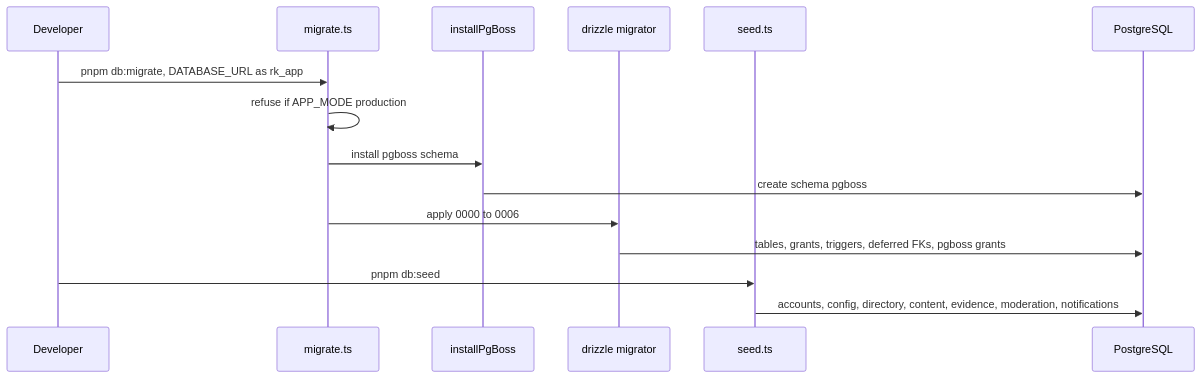
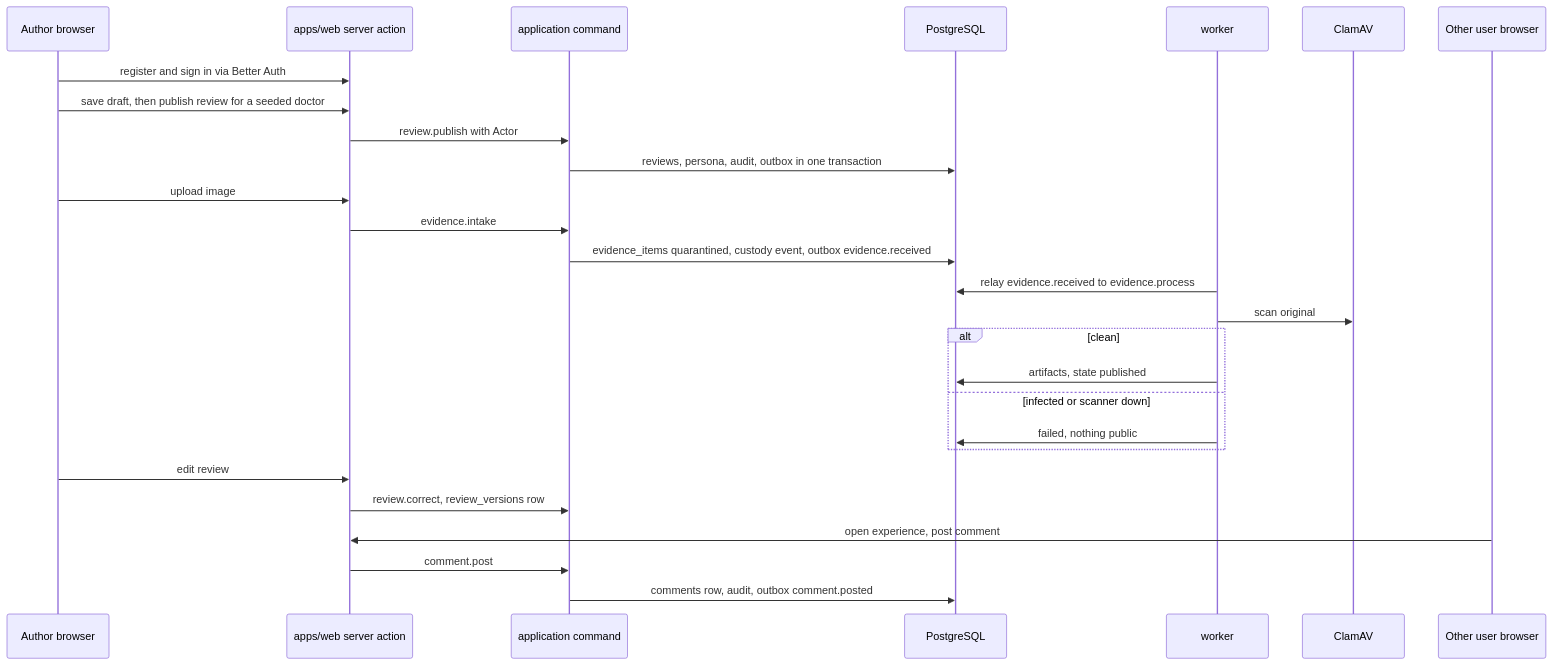
One commit to Md-Alamin-BS/RogiKotha changed the fourth of 4 diagrams in aidlc/spaces/default/codekb/rogikotha/architecture.md. Above: the diagram before and after it, drawn with Mermaid. The commit also changed other lines of this file and 26 other files, not shown here.

````diff
--- a/aidlc/spaces/default/codekb/rogikotha/architecture.md
+++ b/aidlc/spaces/default/codekb/rogikotha/architecture.md
@@ -169,17 +142,29 @@
 ```mermaid
 sequenceDiagram
-  participant Dev as Developer
-  participant MG as migrate.ts
-  participant PB as installPgBoss
-  participant DZ as drizzle migrator
-  participant SD as seed.ts
+  participant A as Author browser
+  participant W as apps/web server action
+  participant C as application command
   participant DB as PostgreSQL
-  Dev->>MG: pnpm db:migrate, DATABASE_URL as rk_app
-  MG->>MG: refuse if APP_MODE production
-  MG->>PB: install pgboss schema
-  PB->>DB: create schema pgboss
-  MG->>DZ: apply 0000 to 0006
-  DZ->>DB: tables, grants, triggers, deferred FKs, pgboss grants
-  Dev->>SD: pnpm db:seed
-  SD->>DB: accounts, config, directory, content, evidence, moderation, notifications
+  participant K as worker
+  participant V as ClamAV
+  participant O as Other user browser
+  A->>W: register and sign in via Better Auth
+  A->>W: save draft, then publish review for a seeded doctor
+  W->>C: review.publish with Actor
+  C->>DB: reviews, persona, audit, outbox in one transaction
+  A->>W: upload image
+  W->>C: evidence.intake
+  C->>DB: evidence_items quarantined, custody event, outbox evidence.received
+  K->>DB: relay evidence.received to evidence.process
+  K->>V: scan original
+  alt clean
+    K->>DB: artifacts, state published
+  else infected or scanner down
+    K->>DB: failed, nothing public
+  end
+  A->>W: edit review
+  W->>C: review.correct, review_versions row
+  O->>W: open experience, post comment
+  W->>C: comment.post
+  C->>DB: comments row, audit, outbox comment.posted
 ```
````
